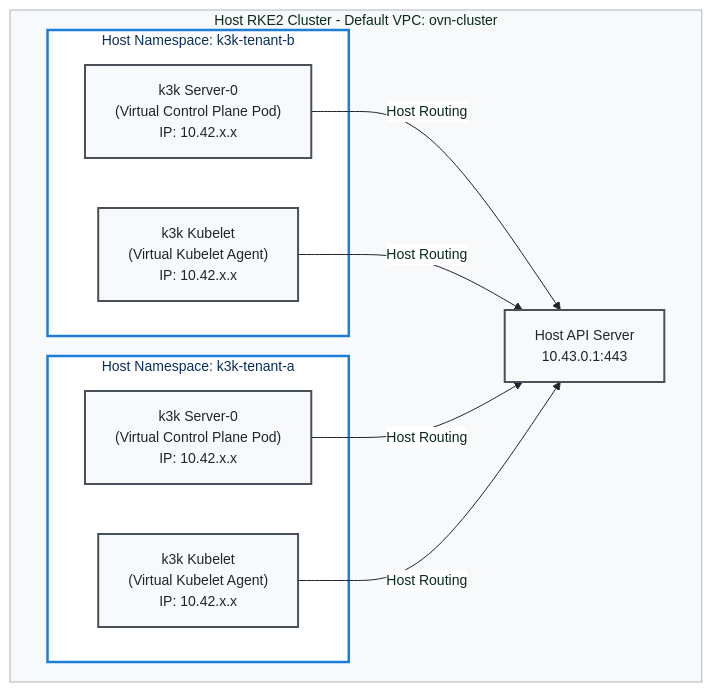
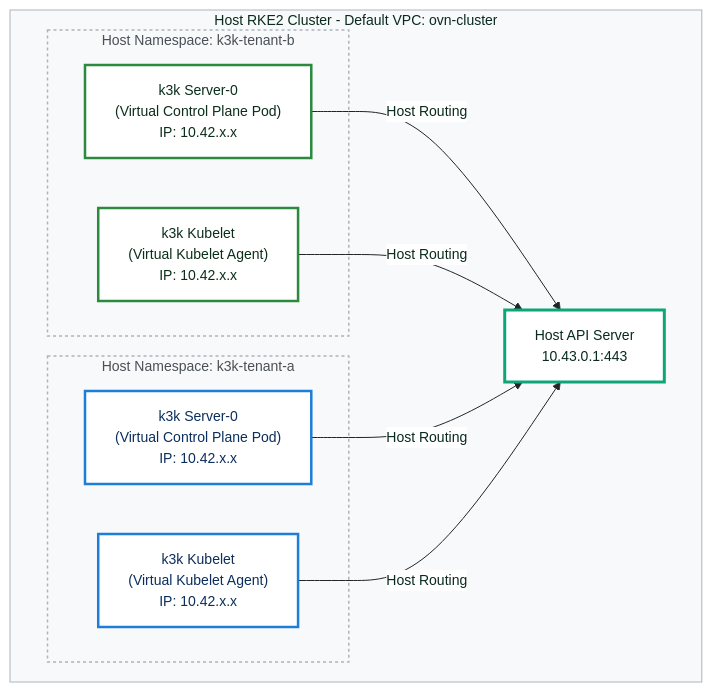
One commit to coulof/k3k-kube-ovn changed the first of 3 diagrams in docs/vpc-peering-networkpolicy-demo.md. Above: the diagram before and after it, drawn with Mermaid.

Commit message:
docs(peering): refine diagram 1.1 color scheme with white backgrounds and crisp SUSE Green/Blue borders

````diff
--- a/docs/vpc-peering-networkpolicy-demo.md
+++ b/docs/vpc-peering-networkpolicy-demo.md
@@ -26,47 +26,49 @@
 ```mermaid
 %%{init: {
   'theme': 'base',
   'themeVariables': {
     'fontFamily': 'SUSE, sans-serif',
     'fontSize': '14px',
     'primaryColor': '#0ca678',
     'primaryTextColor': '#092a1d',
     'primaryBorderColor': '#0ca678',
     'lineColor': '#212529',
     'secondaryColor': '#1c7ed6',
     'tertiaryColor': '#e6fcf5',
     'mainBkg': '#ffffff',
     'nodeBorder': '#212529',
     'clusterBkg': '#f8f9fa',
     'clusterBorder': '#adb5bd',
     'titleColor': '#092a1d',
     'edgeLabelBackground':'#ffffff'
   }
 } }%%
 graph TD
     classDef default fill:#ffffff,stroke:#212529,stroke-width:1px,color:#212529;
-    classDef host fill:#f8f9fa,stroke:#495057,stroke-width:2px,color:#212529;
-    classDef ns fill:#ffffff,stroke:#1c7ed6,stroke-width:2.5px,color:#0b2e5c;
+    classDef apiServer fill:#ffffff,stroke:#0ca678,stroke-width:3px,color:#092a1d;
+    classDef tenantA fill:#ffffff,stroke:#1c7ed6,stroke-width:2.5px,color:#0b2e5c;
+    classDef tenantB fill:#ffffff,stroke:#2b8a3e,stroke-width:2.5px,color:#0b2e1b;
+    classDef ns fill:#f8f9fa,stroke:#adb5bd,stroke-width:1.5px,stroke-dasharray: 3 3,color:#495057;
 
     subgraph Host RKE2 Cluster [Host RKE2 Cluster - Default VPC: ovn-cluster]
-        api["Host API Server<br/>10.43.0.1:443"]:::host
+        api["Host API Server<br/>10.43.0.1:443"]:::apiServer
         
         subgraph NSA ["Host Namespace: k3k-tenant-a"]
-            ctrl-a["k3k Server-0<br/>(Virtual Control Plane Pod)<br/>IP: 10.42.x.x"]:::host
-            kl-a["k3k Kubelet<br/>(Virtual Kubelet Agent)<br/>IP: 10.42.x.x"]:::host
+            ctrl-a["k3k Server-0<br/>(Virtual Control Plane Pod)<br/>IP: 10.42.x.x"]:::tenantA
+            kl-a["k3k Kubelet<br/>(Virtual Kubelet Agent)<br/>IP: 10.42.x.x"]:::tenantA
         end
 
         subgraph NSB ["Host Namespace: k3k-tenant-b"]
-            ctrl-b["k3k Server-0<br/>(Virtual Control Plane Pod)<br/>IP: 10.42.x.x"]:::host
-            kl-b["k3k Kubelet<br/>(Virtual Kubelet Agent)<br/>IP: 10.42.x.x"]:::host
+            ctrl-b["k3k Server-0<br/>(Virtual Control Plane Pod)<br/>IP: 10.42.x.x"]:::tenantB
+            kl-b["k3k Kubelet<br/>(Virtual Kubelet Agent)<br/>IP: 10.42.x.x"]:::tenantB
         end
     end
 
     %% API Communications (Control Plane Path)
     ctrl-a -->|Host Routing| api
     ctrl-b -->|Host Routing| api
     kl-a -->|Host Routing| api
     kl-b -->|Host Routing| api
 
     class NSA,NSB ns;
 ```
````
